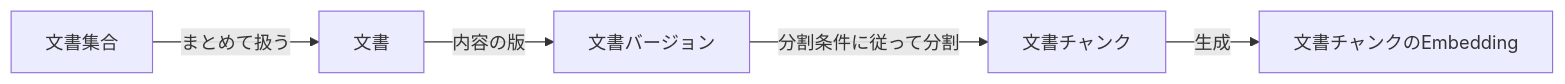
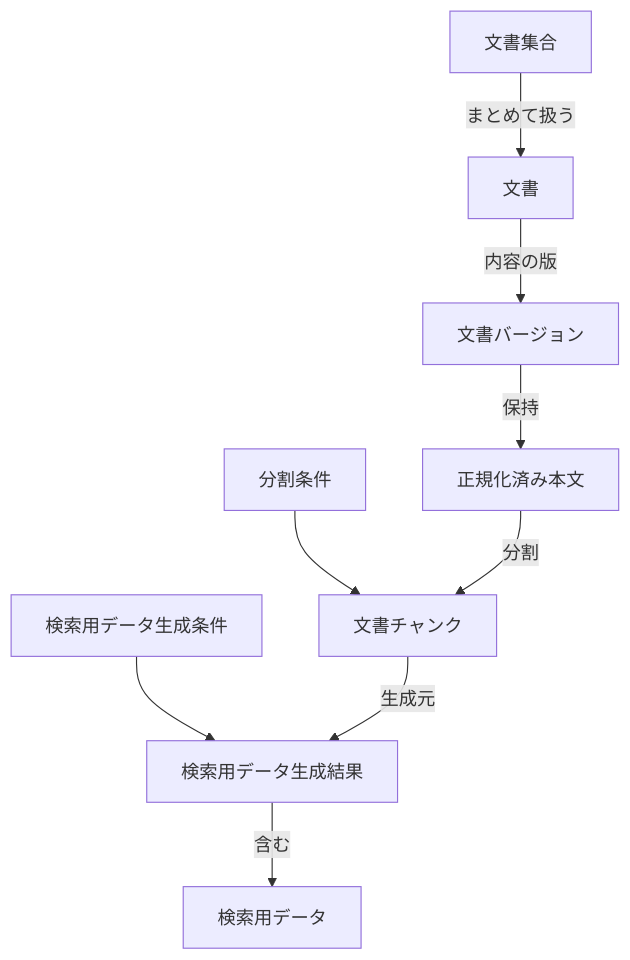
Before and after one commit to takashit16833/RAGScope: the second of 3 diagrams in project-docs/RAGScope用語集.md, drawn with Mermaid. The commit also changed other lines of this file and 64 other files, not shown here.

````diff
--- a/project-docs/RAGScope用語集.md
+++ b/project-docs/RAGScope用語集.md
@@ -231,7 +267,11 @@
 ```mermaid
-flowchart LR
+flowchart TD
     Collection["文書集合"] -->|まとめて扱う| Document["文書"]
     Document -->|内容の版| Version["文書バージョン"]
-    Version -->|分割条件に従って分割| Chunk["文書チャンク"]
-    Chunk -->|生成| Embedding["文書チャンクのEmbedding"]
+    Version -->|保持| Normalized["正規化済み本文"]
+    SplitConditions["分割条件"] --> Chunk["文書チャンク"]
+    Normalized -->|分割| Chunk
+    GenerationConditions["検索用データ生成条件"] --> GenerationResult["検索用データ生成結果"]
+    Chunk -->|生成元| GenerationResult
+    GenerationResult -->|含む| SearchData["検索用データ"]
 ```
````
